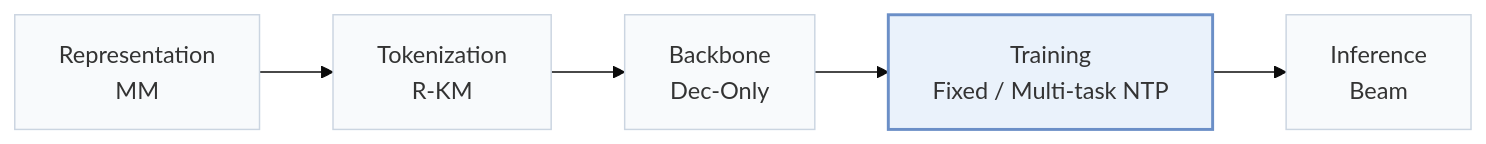
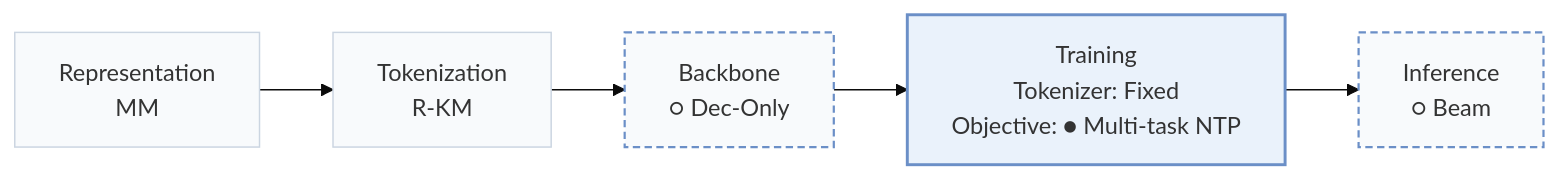
Before and after one commit to Galaxy-ghost/Awesome-SID-Generative-Rec: the first of 2 diagrams in pages/papers/onelatent.md, drawn with Mermaid (base theme). The commit also changed other lines of this file and 558 other files, not shown here.

````diff
--- a/pages/papers/onelatent.md
+++ b/pages/papers/onelatent.md
@@ -15,8 +18,10 @@
 ```mermaid
 flowchart LR
-    R["Representation<br/>MM"] --> T["Tokenization<br/>R-KM"] --> B["Backbone<br/>Dec-Only"] --> TR["Training<br/>Fixed / Multi-task NTP"] --> I["Inference<br/>Beam"]
+    R["Representation<br/>MM"] --> T["Tokenization<br/>R-KM"] --> B["Backbone<br/>○ Dec-Only"] --> TR["Training<br/>Tokenizer: Fixed<br/>Objective: ● Multi-task NTP"] --> I["Inference<br/>○ Beam"]
     classDef base fill:#f8fafc,stroke:#cbd5e1
     class R,T,B,TR,I base
+    classDef other fill:#f8fafc,stroke:#6b8fc7,stroke-width:1.5px,stroke-dasharray:5 3
+    class B,I other
     classDef main fill:#eaf2fb,stroke:#6b8fc7,stroke-width:2px
     class TR main
 ```
````
